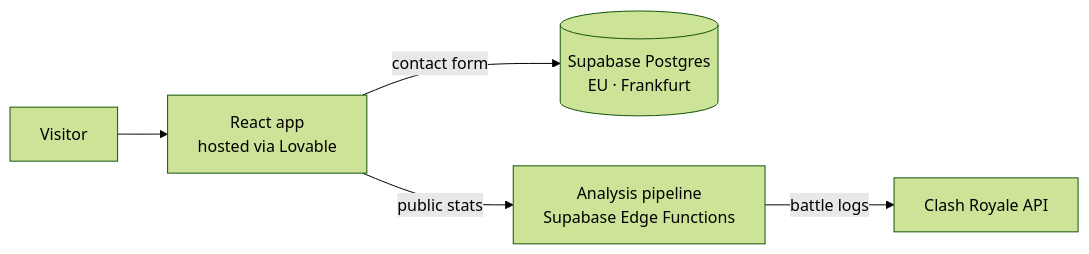
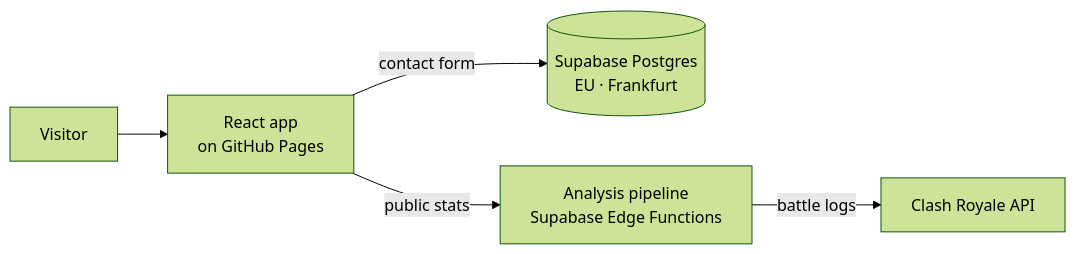
One commit to tojacob03/rukawa-portfolio changed the diagram in README.md. Above: the diagram before and after it, drawn with Mermaid (forest theme). The commit also changed other lines of this file and 1 other file, not shown here.

First line of the commit message:
Host on GitHub Pages: deploy workflow on every push to main

````diff
--- a/README.md
+++ b/README.md
@@ -27,7 +27,7 @@
 ```mermaid
 flowchart LR
-    V[Visitor] --> S[React app<br/>hosted via Lovable]
+    V[Visitor] --> S[React app<br/>on GitHub Pages]
     S -->|contact form| DB[(Supabase Postgres<br/>EU · Frankfurt)]
     S -->|public stats| P[Analysis pipeline<br/>Supabase Edge Functions]
     P -->|battle logs| API[Clash Royale API]
 ```
````
